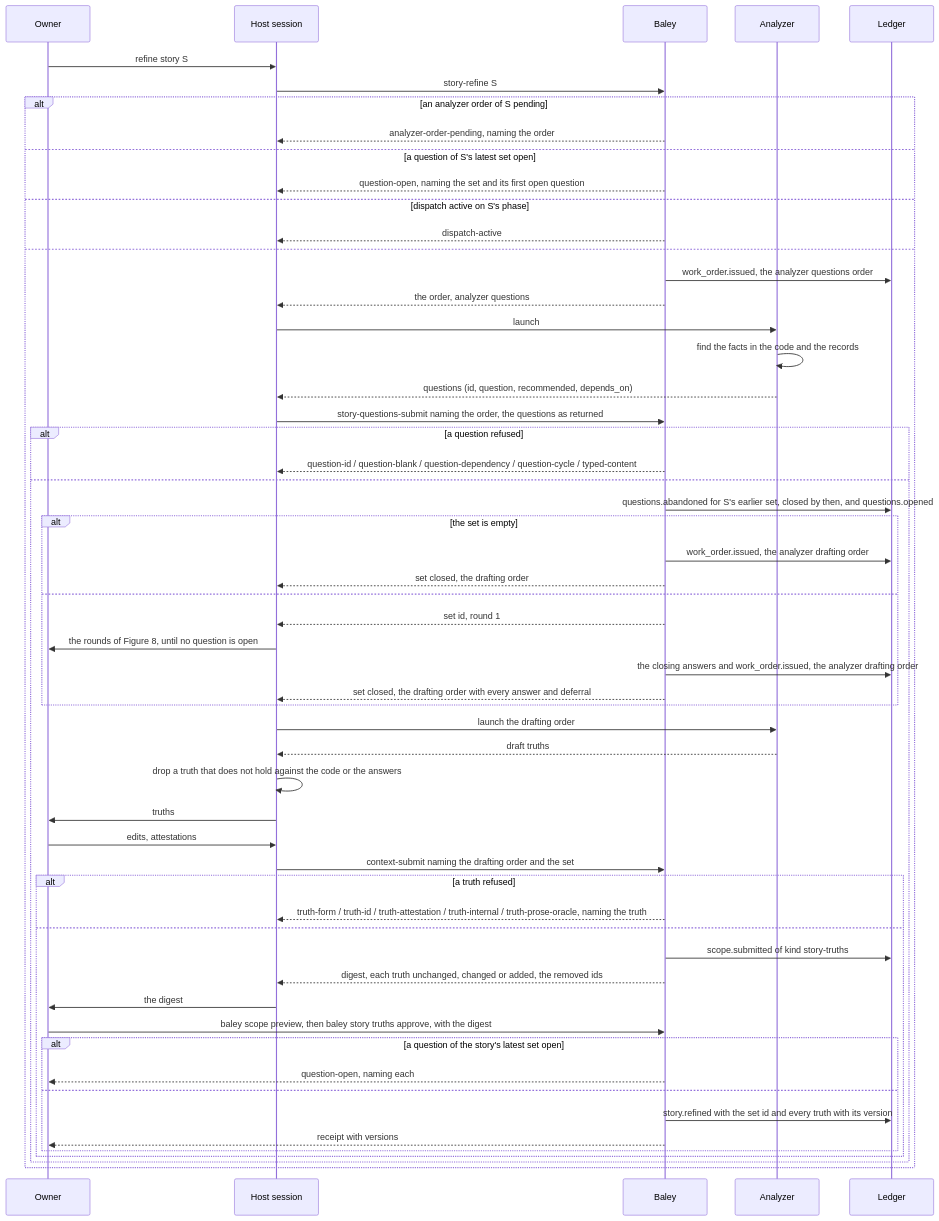
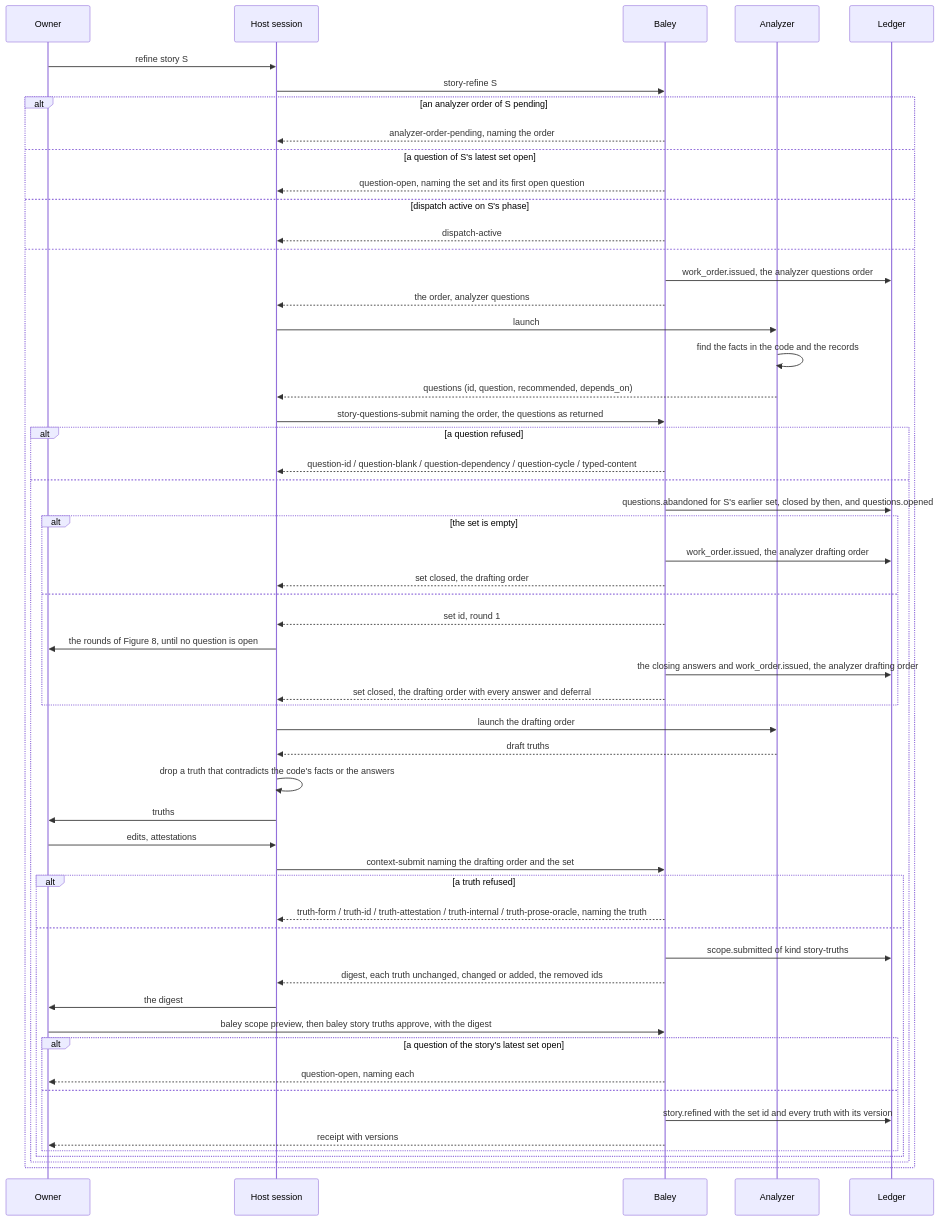
The fifth of 8 diagrams in docs/design/0005-context-plans-and-acceptance.md (jcrenshaw-dev/baley), drawn with Mermaid before and after one commit. The commit also changed other lines of this file and 5 other files, not shown here.

````diff
--- a/docs/design/0005-context-plans-and-acceptance.md
+++ b/docs/design/0005-context-plans-and-acceptance.md
@@ -418,58 +418,58 @@
 ```mermaid
 sequenceDiagram
   participant O as Owner
   participant H as Host session
   participant B as Baley
   participant A as Analyzer
   participant L as Ledger
   O->>H: refine story S
   H->>B: story-refine S
   alt an analyzer order of S pending
     B-->>H: analyzer-order-pending, naming the order
   else a question of S's latest set open
     B-->>H: question-open, naming the set and its first open question
   else dispatch active on S's phase
     B-->>H: dispatch-active
   else
     B->>L: work_order.issued, the analyzer questions order
     B-->>H: the order, analyzer questions
     H->>A: launch
     A->>A: find the facts in the code and the records
     A-->>H: questions (id, question, recommended, depends_on)
     H->>B: story-questions-submit naming the order, the questions as returned
     alt a question refused
       B-->>H: question-id / question-blank / question-dependency / question-cycle / typed-content
     else
       B->>L: questions.abandoned for S's earlier set, closed by then, and questions.opened
       alt the set is empty
         B->>L: work_order.issued, the analyzer drafting order
         B-->>H: set closed, the drafting order
       else
         B-->>H: set id, round 1
         H->>O: the rounds of Figure 8, until no question is open
         B->>L: the closing answers and work_order.issued, the analyzer drafting order
         B-->>H: set closed, the drafting order with every answer and deferral
       end
       H->>A: launch the drafting order
       A-->>H: draft truths
-      H->>H: drop a truth that does not hold against the code or the answers
+      H->>H: drop a truth that contradicts the code's facts or the answers
       H->>O: truths
       O->>H: edits, attestations
       H->>B: context-submit naming the drafting order and the set
       alt a truth refused
         B-->>H: truth-form / truth-id / truth-attestation / truth-internal / truth-prose-oracle, naming the truth
       else
         B->>L: scope.submitted of kind story-truths
         B-->>H: digest, each truth unchanged, changed or added, the removed ids
         H->>O: the digest
         O->>B: baley scope preview, then baley story truths approve, with the digest
         alt a question of the story's latest set open
           B-->>O: question-open, naming each
         else
           B->>L: story.refined with the set id and every truth with its version
           B-->>O: receipt with versions
         end
       end
     end
   end
 ```
````
